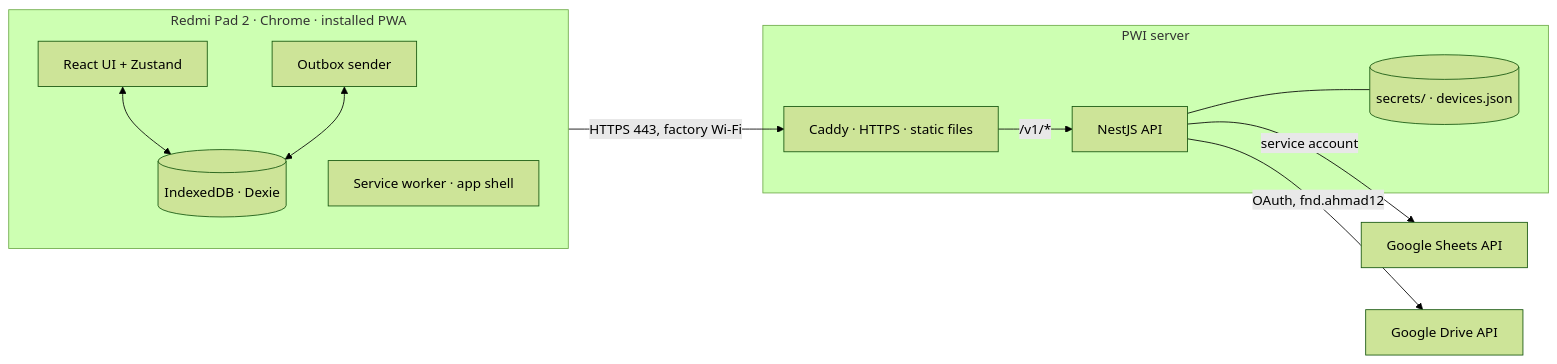
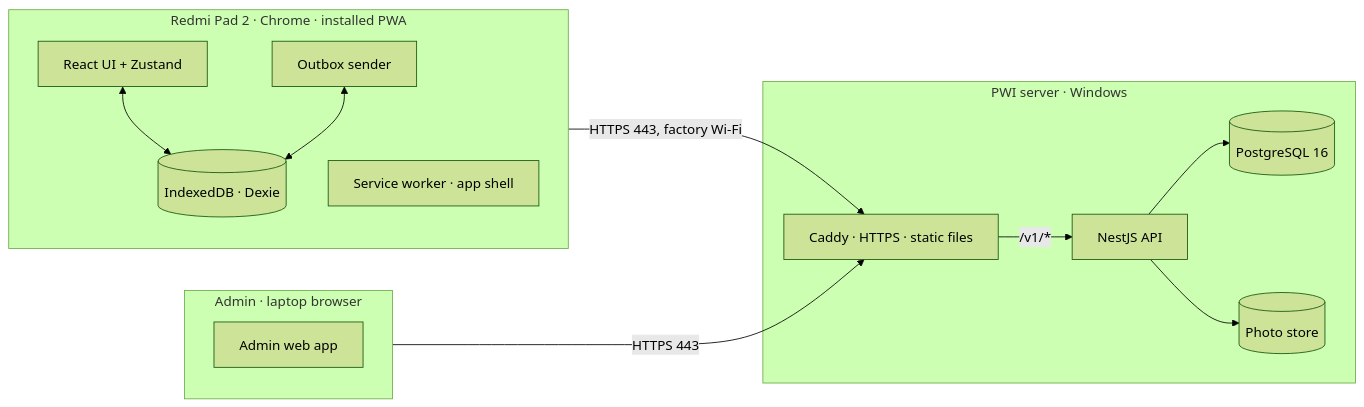
The first of 2 diagrams in docs/03-tdd.md (WildanPratama02/mobile-100-inspection), drawn with Mermaid (forest theme) before and after one commit. The commit also changed other lines of this file and 9 other files, not shown here.

First line of the commit message:
docs: move the backend from Google Sheets to PostgreSQL (ADR-018)

````diff
--- a/docs/03-tdd.md
+++ b/docs/03-tdd.md
@@ -28,21 +27,25 @@
 ```mermaid
 flowchart LR
   subgraph Tablet["Redmi Pad 2 · Chrome · installed PWA"]
     UI[React UI + Zustand]
     DB[(IndexedDB · Dexie)]
     SW[Service worker · app shell]
     OB[Outbox sender]
     UI <--> DB
     OB <--> DB
   end
-  subgraph Server["PWI server"]
+  subgraph Admin["Admin · laptop browser"]
+    AD[Admin web app]
+  end
+  subgraph Server["PWI server · Windows"]
     CD[Caddy · HTTPS · static files]
     API[NestJS API]
-    F[(secrets/ · devices.json)]
+    PG[(PostgreSQL 16)]
+    PS[(Photo store)]
     CD -->|/v1/*| API
-    API --- F
+    API --> PG
+    API --> PS
   end
   Tablet -->|HTTPS 443, factory Wi-Fi| CD
-  API -->|service account| SH[Google Sheets API]
-  API -->|OAuth, fnd.ahmad12| DR[Google Drive API]
+  Admin -->|HTTPS 443| CD
 ```
````
